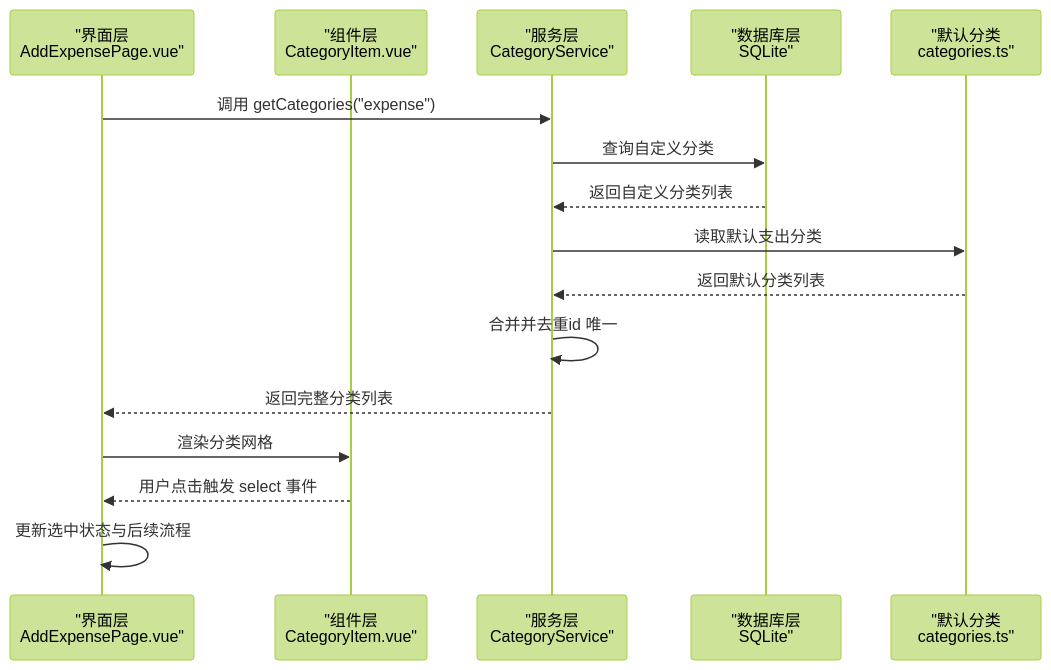
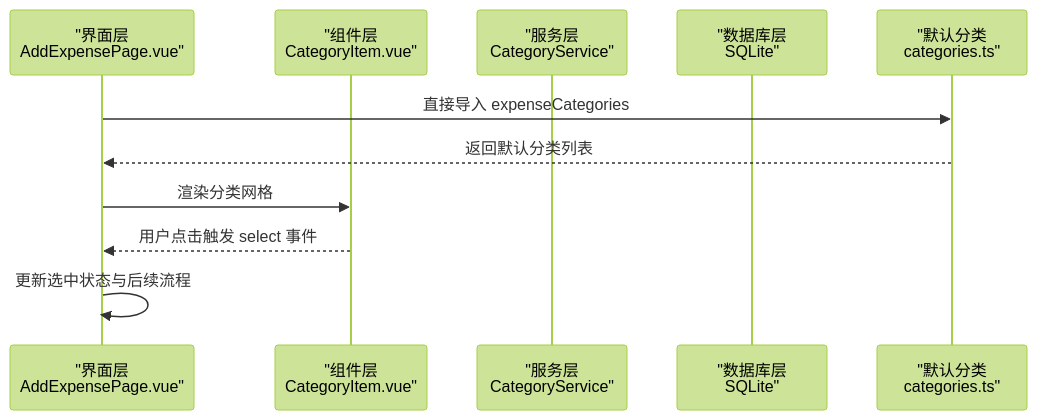
The second of 7 diagrams in .qoder/repowiki/zh/content/支出管理/分类管理.md (xiao-lin-unit/yuan), drawn with Mermaid (forest theme) before and after one commit. The commit also changed other lines of this file and 16 other files, not shown here.

````diff
--- a/.qoder/repowiki/zh/content/支出管理/分类管理.md
+++ b/.qoder/repowiki/zh/content/支出管理/分类管理.md
@@ -134,18 +141,13 @@
 ```mermaid
 sequenceDiagram
 participant UI as "界面层<br/>AddExpensePage.vue"
 participant CI as "组件层<br/>CategoryItem.vue"
 participant CS as "服务层<br/>CategoryService"
 participant DB as "数据库层<br/>SQLite"
 participant DEF as "默认分类<br/>categories.ts"
-UI->>CS : 调用 getCategories("expense")
-CS->>DB : 查询自定义分类
-DB-->>CS : 返回自定义分类列表
-CS->>DEF : 读取默认支出分类
-DEF-->>CS : 返回默认分类列表
-CS->>CS : 合并并去重id 唯一
-CS-->>UI : 返回完整分类列表
+UI->>DEF : 直接导入 expenseCategories
+DEF-->>UI : 返回默认分类列表
 UI->>CI : 渲染分类网格
 CI-->>UI : 用户点击触发 select 事件
 UI->>UI : 更新选中状态与后续流程
 ```
````
